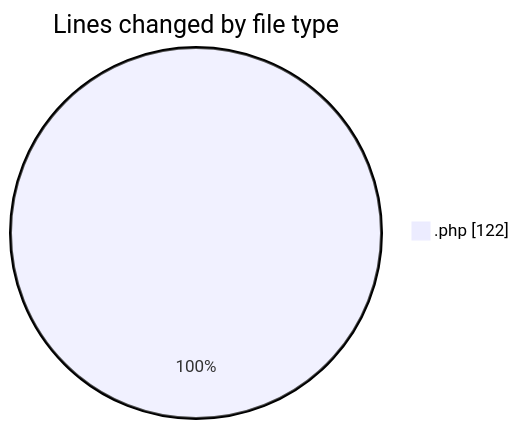
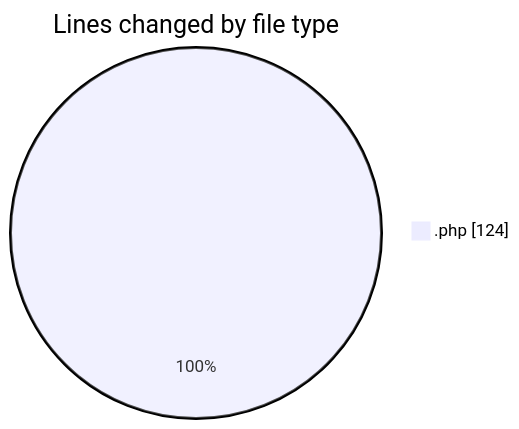
One commit to idhammustaqopulfikri/code-tracking changed the first of 2 diagrams in 2025-03-29/autodidak/README.md. Above: the diagram before and after it, drawn with Mermaid. The commit also changed other lines of this file and 1 other file, not shown here.

````diff
--- a/2025-03-29/autodidak/README.md
+++ b/2025-03-29/autodidak/README.md
@@ -23,5 +23,5 @@
 ```mermaid
 pie showData
 title Lines changed by file type
-".php" : 122
+".php" : 124
 ```
````
